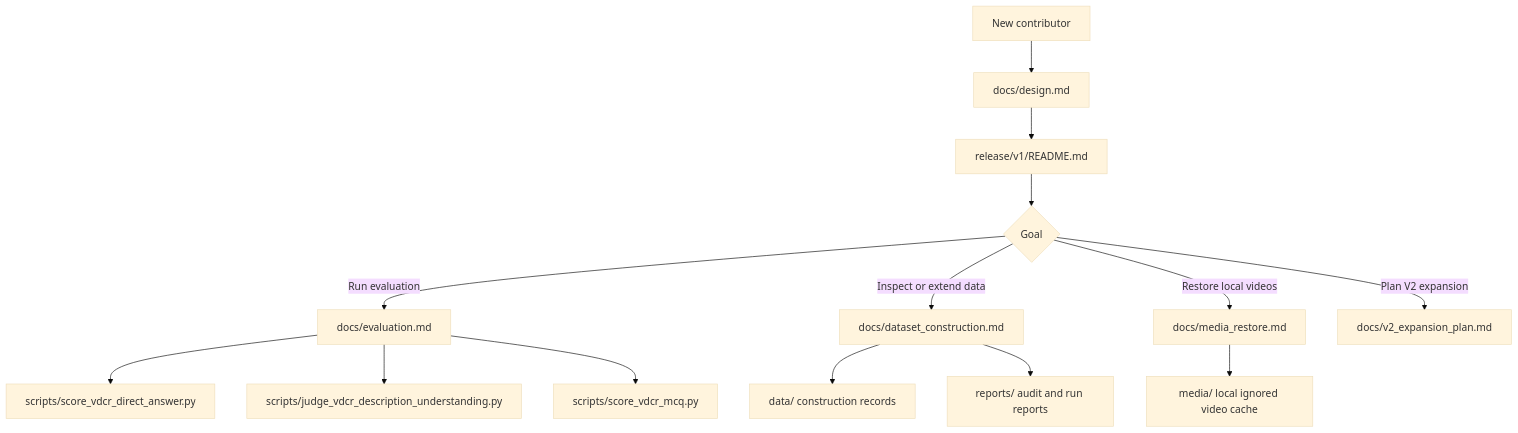
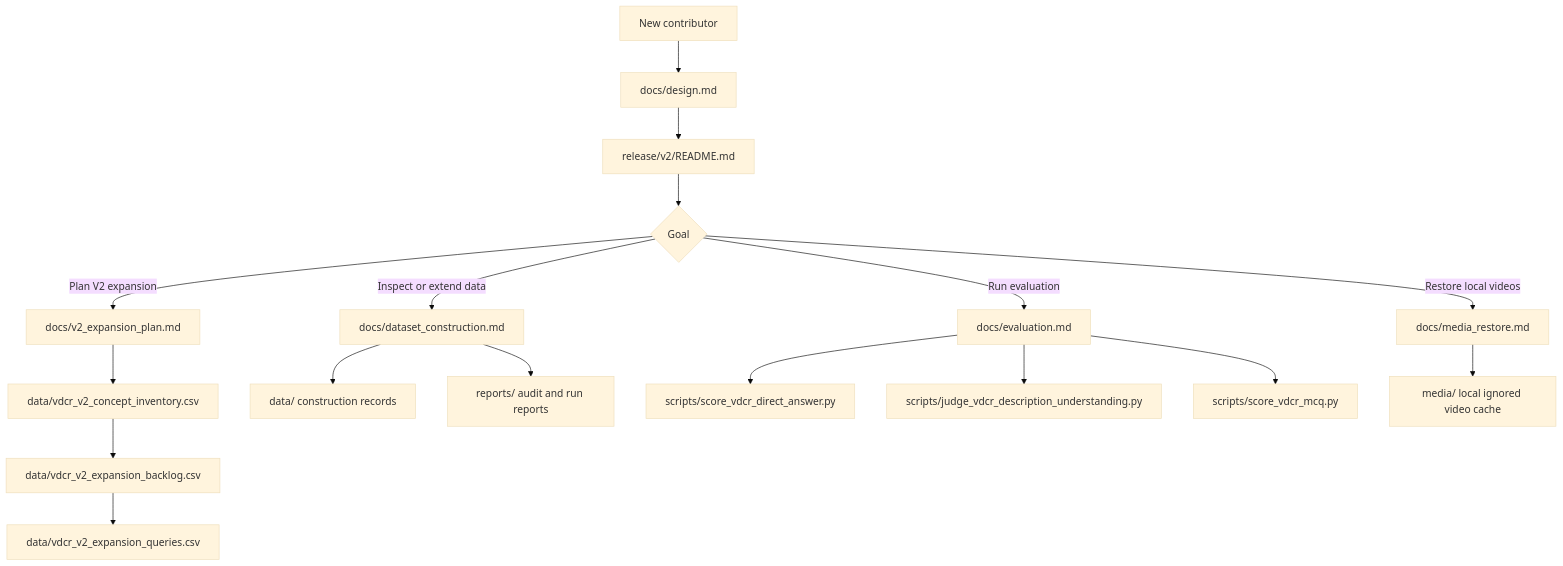
Before and after one commit to shufangxun/dynaknow_video: the diagram in README.md, drawn with Mermaid (base theme). The commit also changed other lines of this file and 307 other files, not shown here.

Commit message:
Release VDCR v2 MP4 benchmark

````diff
--- a/README.md
+++ b/README.md
@@ -39,16 +46,19 @@
 ```mermaid
 flowchart TD
     A[New contributor] --> B[docs/design.md]
-    B --> C[release/v1/README.md]
+    B --> C[release/v2/README.md]
     C --> D{Goal}
     D -->|Run evaluation| E[docs/evaluation.md]
     D -->|Inspect or extend data| F[docs/dataset_construction.md]
     D -->|Restore local videos| G[docs/media_restore.md]
     D -->|Plan V2 expansion| N[docs/v2_expansion_plan.md]
+    N --> O[data/vdcr_v2_concept_inventory.csv]
+    O --> P[data/vdcr_v2_expansion_backlog.csv]
+    P --> Q[data/vdcr_v2_expansion_queries.csv]
     F --> H[data/ construction records]
     F --> I[reports/ audit and run reports]
     E --> J[scripts/score_vdcr_direct_answer.py]
     E --> K[scripts/judge_vdcr_description_understanding.py]
     E --> L[scripts/score_vdcr_mcq.py]
     G --> M[media/ local ignored video cache]
 ```
````
